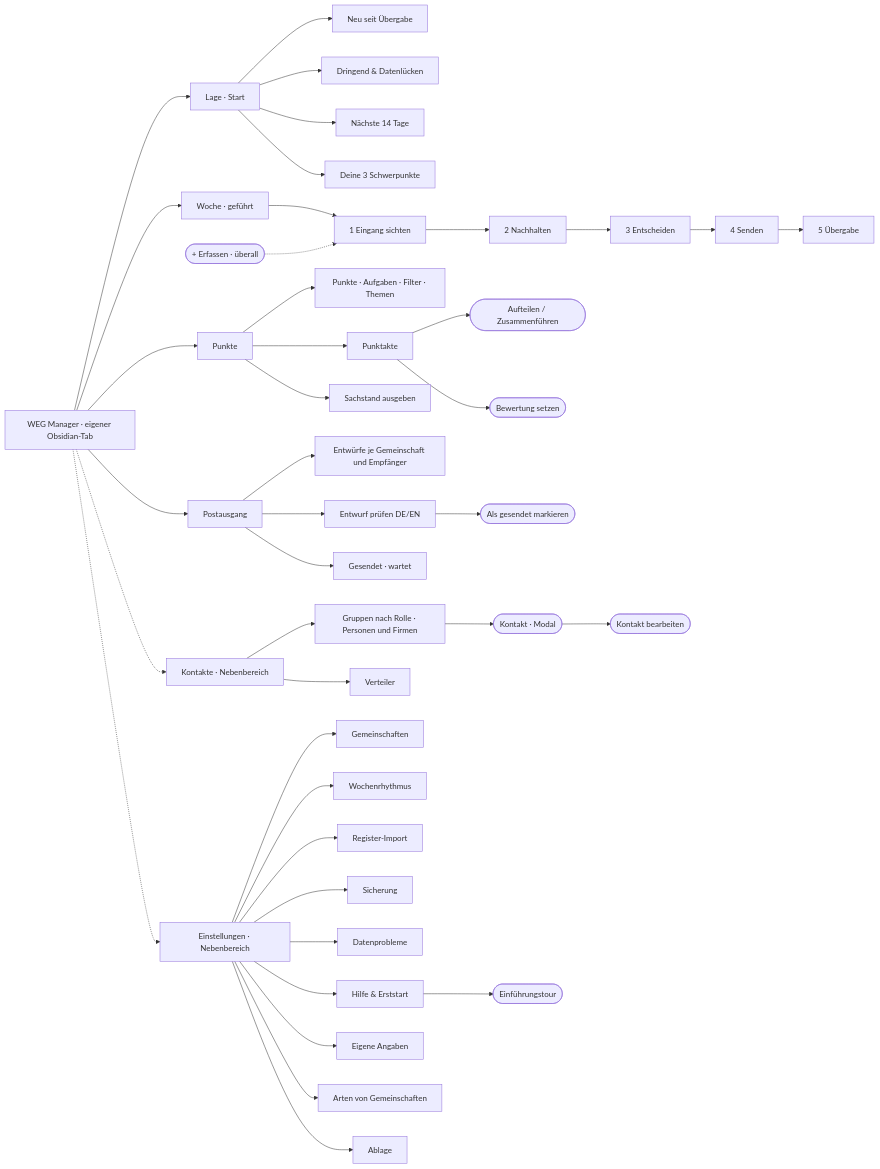
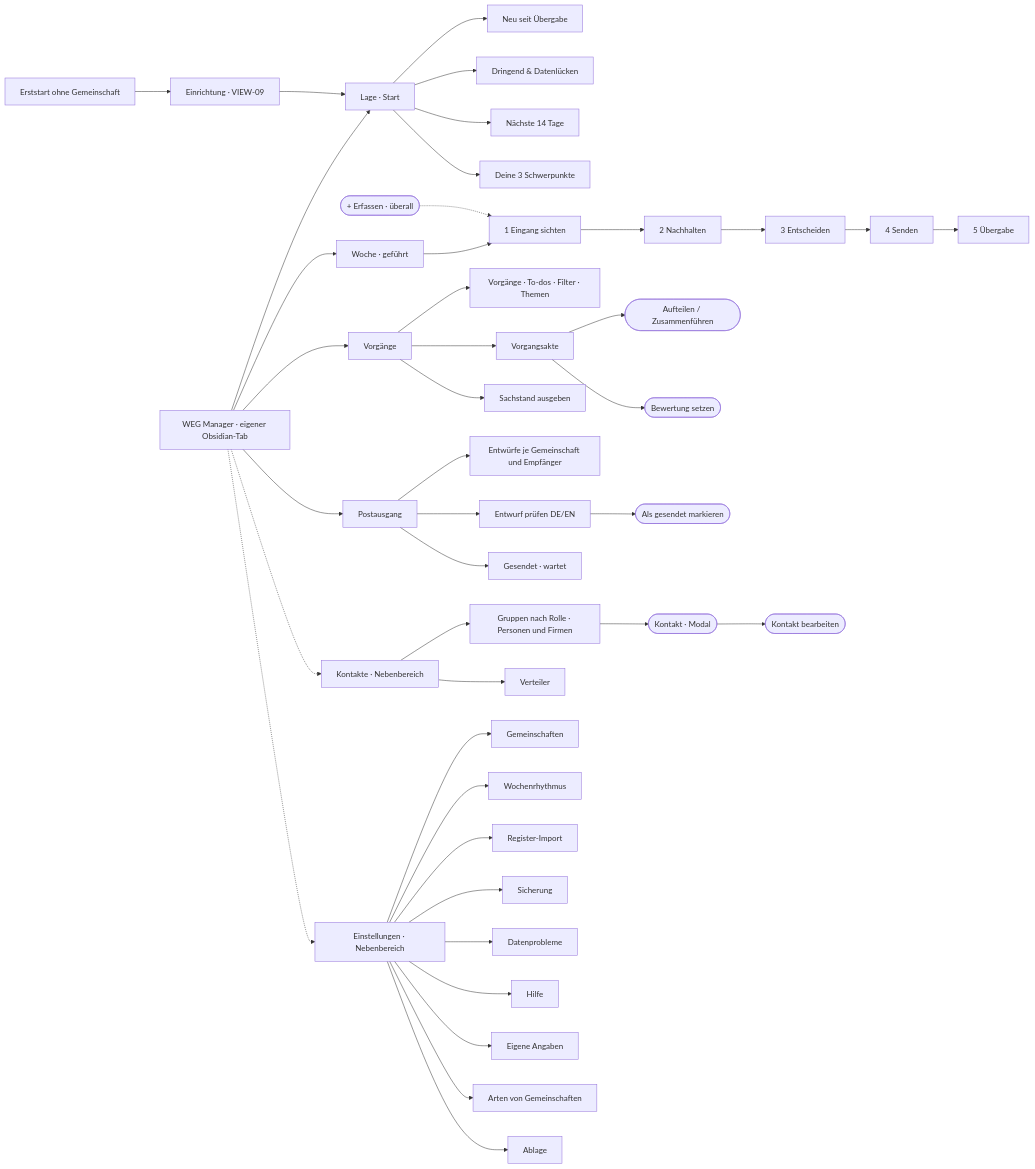
One commit to Luis85/weg-manager changed the diagram in docs/design/sitemap/00 - Sitemap.md. Above: the diagram before and after it, drawn with Mermaid. The commit also changed other lines of this file and 395 other files, not shown here.

````diff
--- a/docs/design/sitemap/00 - Sitemap.md
+++ b/docs/design/sitemap/00 - Sitemap.md
@@ -31,43 +32,44 @@
 ```mermaid
 flowchart LR
   R[WEG Manager · eigener Obsidian-Tab]
   R --> L[Lage · Start]
   R --> W[Woche · geführt]
-  R --> P[Punkte]
+  R --> P[Vorgänge]
   R --> O[Postausgang]
   R -.-> K[Kontakte · Nebenbereich]
   R -.-> S[Einstellungen · Nebenbereich]
   L --> L1[Neu seit Übergabe]
   L --> L2[Dringend & Datenlücken]
   L --> L3[Nächste 14 Tage]
   L --> L4[Deine 3 Schwerpunkte]
   W --> W1[1 Eingang sichten]
   W1 --> W2[2 Nachhalten]
   W2 --> W3[3 Entscheiden]
   W3 --> W4[4 Senden]
   W4 --> W5[5 Übergabe]
-  P --> P1[Punkte · Aufgaben · Filter · Themen]
-  P --> P2[Punktakte]
+  P --> P1[Vorgänge · To-dos · Filter · Themen]
+  P --> P2[Vorgangsakte]
   P2 --> P3([Aufteilen / Zusammenführen])
   P2 --> P4([Bewertung setzen])
   P --> P5[Sachstand ausgeben]
   O --> O1[Entwürfe je Gemeinschaft und Empfänger]
   O --> O2[Entwurf prüfen DE/EN]
   O2 --> O3([Als gesendet markieren])
   O --> O4[Gesendet · wartet]
   K --> K1[Gruppen nach Rolle · Personen und Firmen]
   K --> K2[Verteiler]
   K1 --> K4([Kontakt · Modal])
   K4 --> K3([Kontakt bearbeiten])
   S --> S1[Gemeinschaften]
   S --> S2[Wochenrhythmus]
   S --> S3[Register-Import]
   S --> S4[Sicherung]
   S --> S5[Datenprobleme]
-  S --> S6[Hilfe & Erststart]
-  S6 --> S7([Einführungstour])
+  S --> S6[Hilfe]
+  E0[Erststart ohne Gemeinschaft] --> E1[Einrichtung · VIEW-09]
+  E1 --> L
   S --> S8[Eigene Angaben]
   S --> S9[Arten von Gemeinschaften]
   S --> S10[Ablage]
   G([+ Erfassen · überall]) -.-> W1
 ```
````
